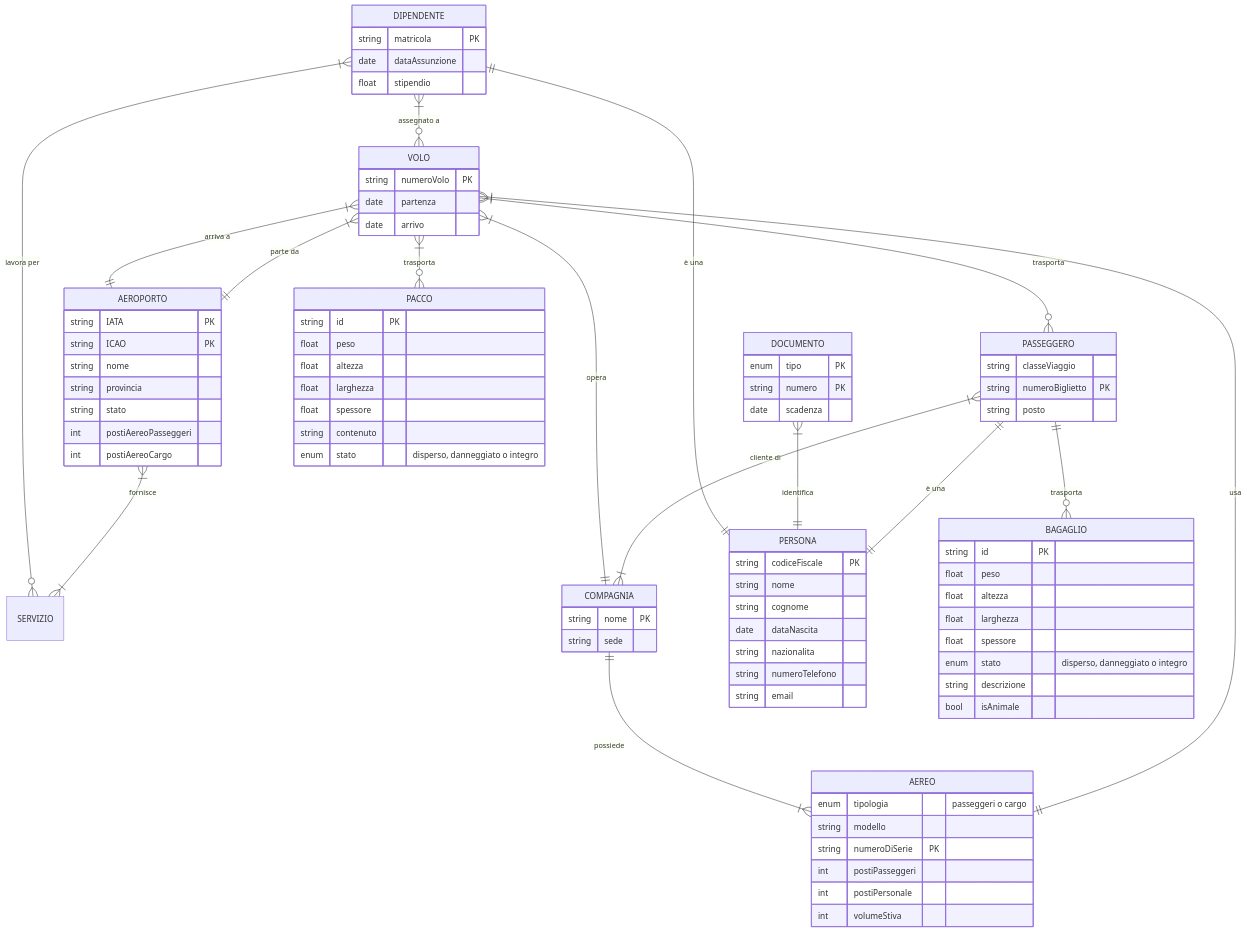
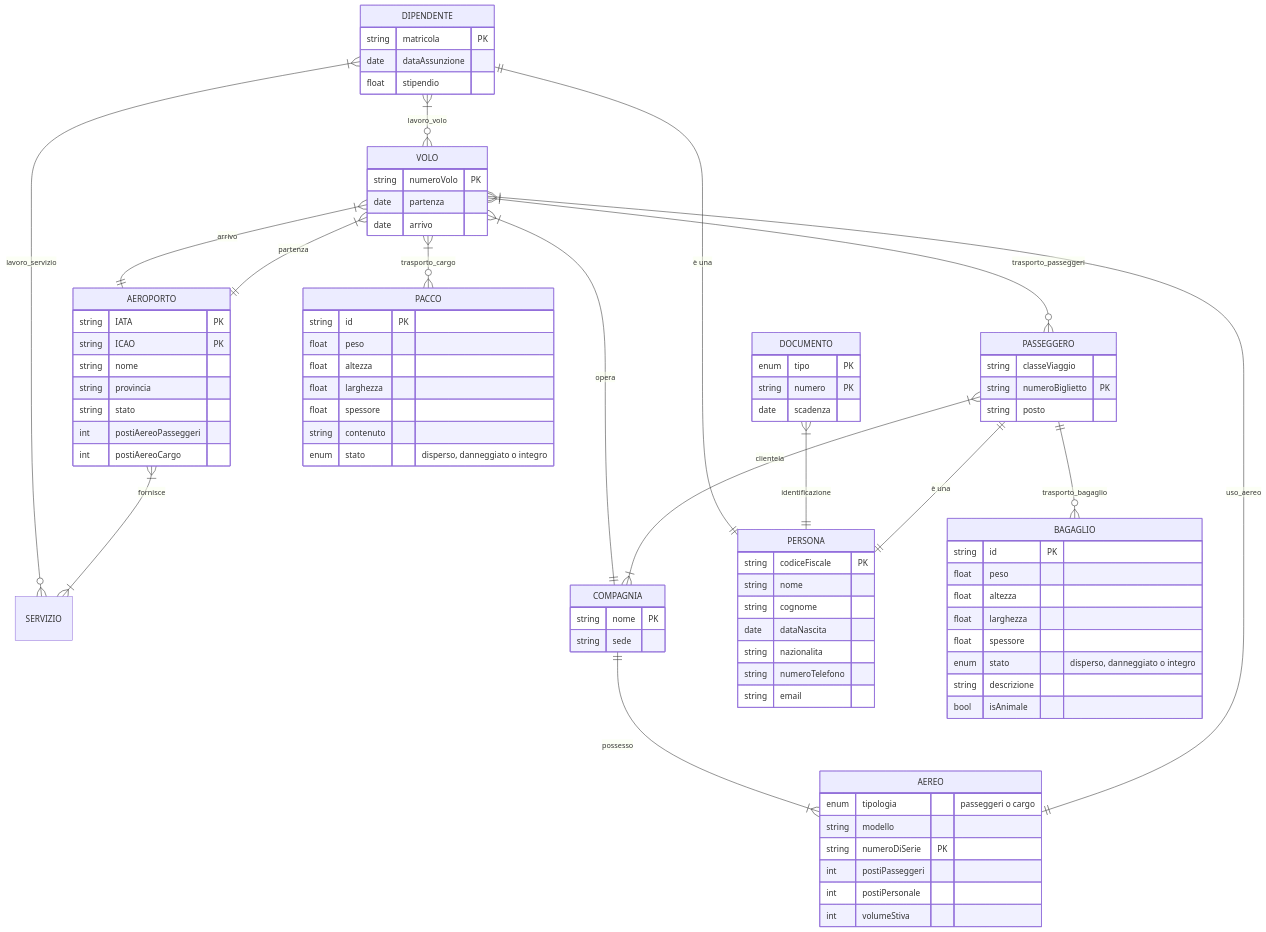
One commit to Diebbo/aereodb changed the fifth of 6 diagrams in RELAZIONE.md. Above: the diagram before and after it, drawn with Mermaid. The commit also changed other lines of this file, not shown here.

````diff
--- a/RELAZIONE.md
+++ b/RELAZIONE.md
@@ -365,25 +365,25 @@
 ```mermaid
 erDiagram
-    AEROPORTO }|--|{ SERVIZIO: "fornisce"
+    AEROPORTO }|--|{ SERVIZIO: fornisce
 
-    VOLO }|--|| AEROPORTO: "parte da"
-    VOLO }|--|| AEROPORTO: "arriva a"
-    VOLO }|--|| AEREO: "usa"
-    VOLO }|--o{ PASSEGGERO: "trasporta"
-    VOLO }|--o{ PACCO: "trasporta"
+    VOLO }|--|| AEROPORTO: partenza
+    VOLO }|--|| AEROPORTO: arrivo
+    VOLO }|--|| AEREO: uso_aereo
+    VOLO }|--o{ PASSEGGERO: trasporto_passeggeri
+    VOLO }|--o{ PACCO: trasporto_cargo
 
-    COMPAGNIA ||--|{ VOLO: "opera"
-    COMPAGNIA ||--|{ AEREO: "possiede"
+    COMPAGNIA ||--|{ VOLO: opera
+    COMPAGNIA ||--|{ AEREO: possesso
 
     PASSEGGERO ||--|| PERSONA: "è una"
-    PASSEGGERO ||--o{ BAGAGLIO: "trasporta"
-    PASSEGGERO }|--|{ COMPAGNIA: "cliente di"
+    PASSEGGERO ||--o{ BAGAGLIO: trasporto_bagaglio
+    PASSEGGERO }|--|{ COMPAGNIA: clientela
 
-    DOCUMENTO }|--|| PERSONA: "identifica"
+    DOCUMENTO }|--|| PERSONA: identificazione
 
     DIPENDENTE ||--|| PERSONA: "è una"
-    DIPENDENTE }|--o{ VOLO: "assegnato a"
-    DIPENDENTE }|--o{ SERVIZIO: "lavora per"
+    DIPENDENTE }|--o{ VOLO: lavoro_volo
+    DIPENDENTE }|--o{ SERVIZIO: lavoro_servizio
 
     AEROPORTO {
         string IATA PK
````
